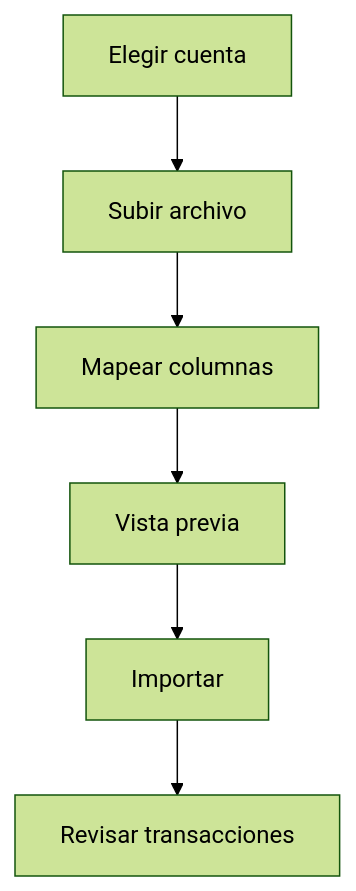
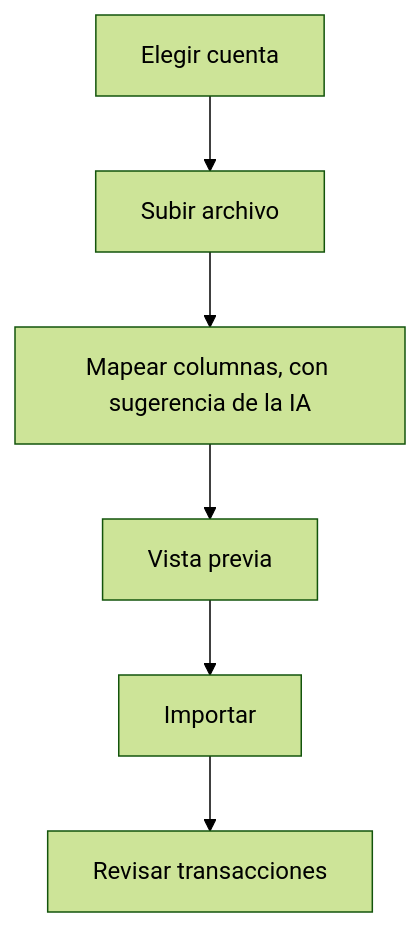
One commit to whisper-money/whisper-money changed the first of 2 diagrams in resources/docs/documentation/20-your-data/20-transactions/20-import-es.md. Above: the diagram before and after it, drawn with Mermaid (forest theme). The commit also changed other lines of this file and 32 other files, not shown here.

````diff
--- a/resources/docs/documentation/20-your-data/20-transactions/20-import-es.md
+++ b/resources/docs/documentation/20-your-data/20-transactions/20-import-es.md
@@ -22,9 +22,9 @@
 ```mermaid
 flowchart TD
     %% diagram: import-steps-es
     account[Elegir cuenta] --> file[Subir archivo]
-    file --> mapping[Mapear columnas]
+    file --> mapping[Mapear columnas, con sugerencia de la IA]
     mapping --> preview[Vista previa]
     preview --> import[Importar]
     import --> review[Revisar transacciones]
 ```
````
